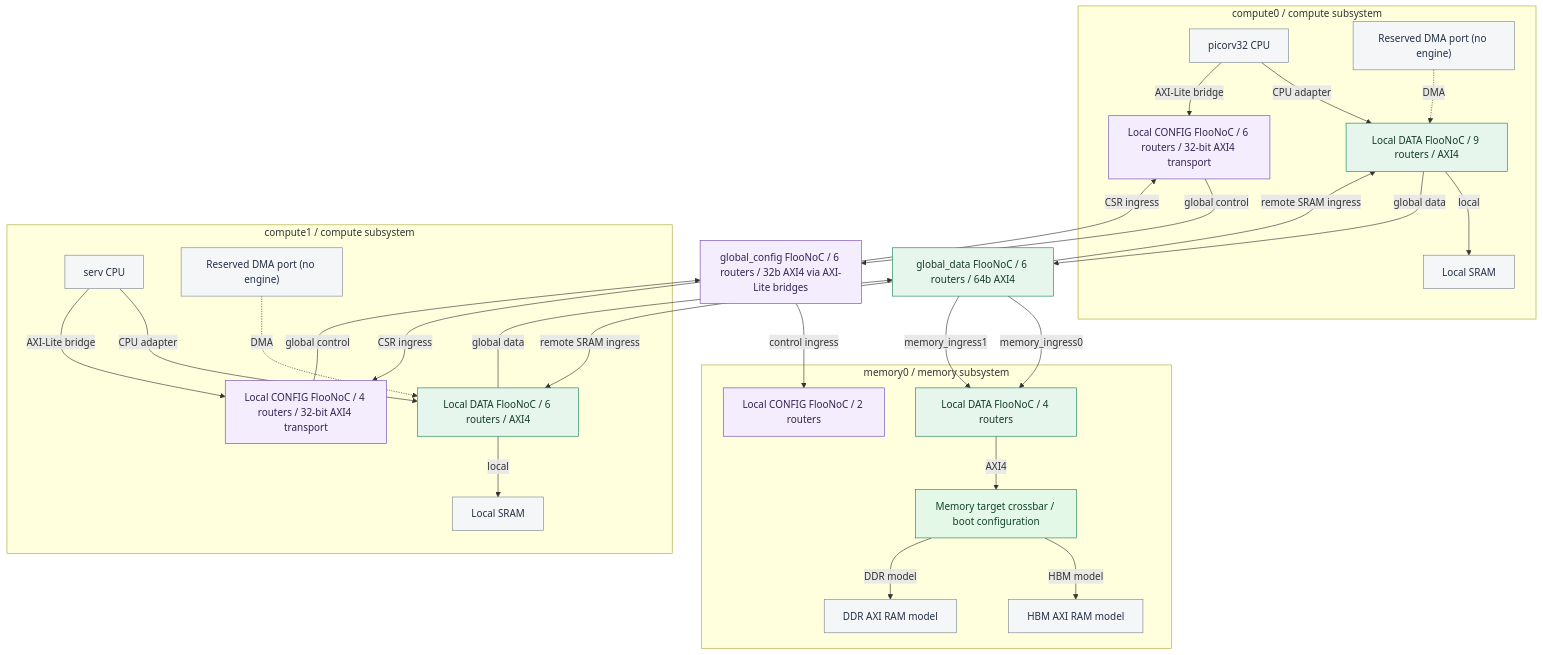
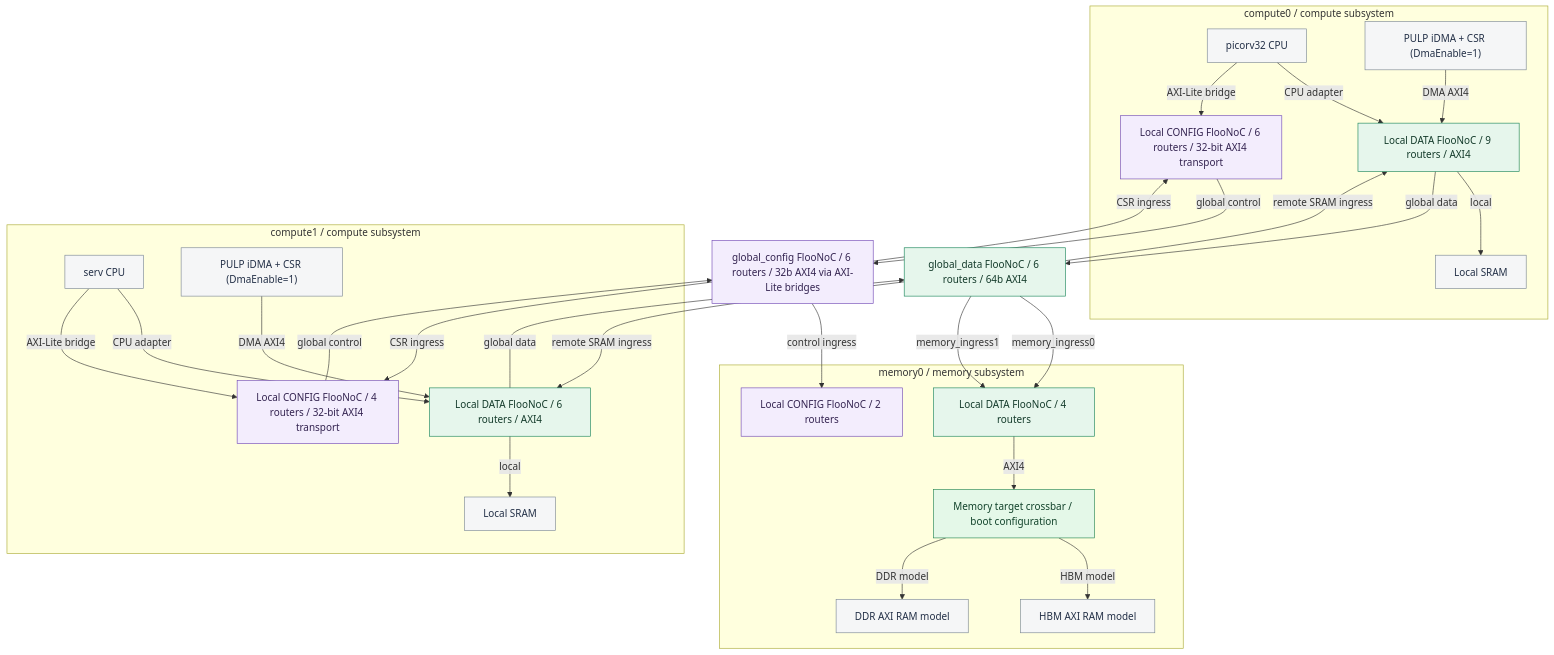
Before and after one commit to r987r/xezim-hello-world: the diagram in gen/diagrams/noc-hierarchy.mmd, drawn with Mermaid. The commit also changed 10 other files, not shown here.

Commit message:
chore(gen): synchronize SoC DMA wiring from YAML

```diff
--- a/gen/diagrams/noc-hierarchy.mmd
+++ b/gen/diagrams/noc-hierarchy.mmd
@@ -1,53 +1,53 @@
 flowchart TB
   classDef data fill:#e6f6ec,stroke:#188459,color:#143b2b;
   classDef config fill:#f3edfd,stroke:#7047b5,color:#342451;
   classDef model fill:#f5f6f7,stroke:#7b8794,color:#233047;
   classDef verified fill:#e4f8e8,stroke:#228450,color:#12432b;
   %% All FlooNoC internal router and NI RTL is generated.
-  %% Solid links are wired in the boot configuration; DMA/controller links remain dashed.
+  %% Solid: generated boot + optional iDMA wiring. Dashed: pending physical controllers.
   subgraph n_compute0_box["compute0 / compute subsystem"]
   n_compute0_cpu["picorv32 CPU"]:::model
-  n_compute0_dma["Reserved DMA port (no engine)"]:::model
+  n_compute0_dma["PULP iDMA + CSR (DmaEnable=1)"]:::model
   n_compute0_sram["Local SRAM"]:::model
   n_compute0_local_data["Local DATA FlooNoC / 9 routers / AXI4"]:::data
   n_compute0_local_config["Local CONFIG FlooNoC / 6 routers / 32-bit AXI4 transport"]:::config
   end
   n_compute0_cpu -->|CPU adapter| n_compute0_local_data
-  n_compute0_dma -.->|DMA| n_compute0_local_data
+  n_compute0_dma -->|DMA AXI4| n_compute0_local_data
   n_compute0_local_data -->|local| n_compute0_sram
   n_compute0_cpu -->|AXI-Lite bridge| n_compute0_local_config
   n_compute0_local_data -->|global data| n_global_data
   n_compute0_local_config -->|global control| n_global_config
   subgraph n_compute1_box["compute1 / compute subsystem"]
   n_compute1_cpu["serv CPU"]:::model
-  n_compute1_dma["Reserved DMA port (no engine)"]:::model
+  n_compute1_dma["PULP iDMA + CSR (DmaEnable=1)"]:::model
   n_compute1_sram["Local SRAM"]:::model
   n_compute1_local_data["Local DATA FlooNoC / 6 routers / AXI4"]:::data
   n_compute1_local_config["Local CONFIG FlooNoC / 4 routers / 32-bit AXI4 transport"]:::config
   end
   n_compute1_cpu -->|CPU adapter| n_compute1_local_data
-  n_compute1_dma -.->|DMA| n_compute1_local_data
+  n_compute1_dma -->|DMA AXI4| n_compute1_local_data
   n_compute1_local_data -->|local| n_compute1_sram
   n_compute1_cpu -->|AXI-Lite bridge| n_compute1_local_config
   n_compute1_local_data -->|global data| n_global_data
   n_compute1_local_config -->|global control| n_global_config
   n_global_data["global_data FlooNoC / 6 routers / 64b AXI4"]:::data
   n_global_config["global_config FlooNoC / 6 routers / 32b AXI4 via AXI-Lite bridges"]:::config
   subgraph n_memory0_box["memory0 / memory subsystem"]
   n_memory0_local_data["Local DATA FlooNoC / 4 routers"]:::data
   n_memory0_local_config["Local CONFIG FlooNoC / 2 routers"]:::config
   n_xbar["Memory target crossbar / boot configuration"]:::verified
   n_memory0_hbm0["HBM AXI RAM model"]:::model
   n_memory0_ddr0["DDR AXI RAM model"]:::model
   end
   n_global_data -->|remote SRAM ingress| n_compute0_local_data
   n_global_config -->|CSR ingress| n_compute0_local_config
   n_global_data -->|remote SRAM ingress| n_compute1_local_data
   n_global_config -->|CSR ingress| n_compute1_local_config
   n_global_data -->|memory_ingress0| n_memory0_local_data
   n_global_data -->|memory_ingress1| n_memory0_local_data
   n_global_config -->|control ingress| n_memory0_local_config
   n_memory0_local_data -->|AXI4| n_xbar
   n_xbar -->|HBM model| n_memory0_hbm0
   n_xbar -->|DDR model| n_memory0_ddr0
-  %% Physical HBM/DDR controllers and iDMA engines remain unintegrated.
+  %% Physical HBM/DDR controllers remain unintegrated; iDMA is generated/optional.
```
